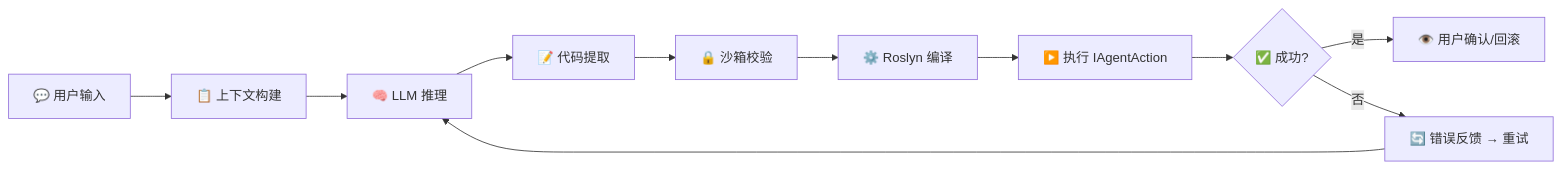
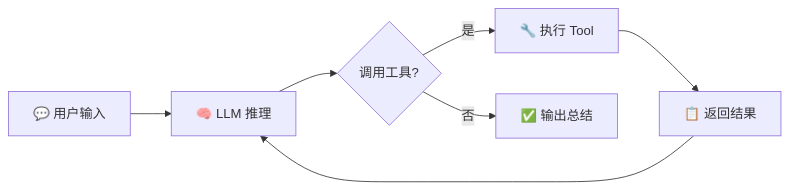
The diagram in README.md (Wonderland6627/UIPrefabBuilder), drawn with Mermaid before and after one commit. The commit also changed other lines of this file, not shown here.

````diff
--- a/README.md
+++ b/README.md
@@ -73,13 +81,9 @@
 ```mermaid
 flowchart LR
-    A[💬 用户输入] --> B[📋 上下文构建]
-    B --> C[🧠 LLM 推理]
-    C --> D[📝 代码提取]
-    D --> E[🔒 沙箱校验]
-    E --> F[⚙️ Roslyn 编译]
-    F --> G[▶️ 执行 IAgentAction]
-    G --> H{✅ 成功?}
-    H -->|是| I[👁️ 用户确认/回滚]
-    H -->|否| J[🔄 错误反馈 → 重试]
-    J --> C
+    A[💬 用户输入] --> B[🧠 LLM 推理]
+    B --> C{调用工具?}
+    C -->|是| D[🔧 执行 Tool]
+    D --> E[📋 返回结果]
+    E --> B
+    C -->|否| F[✅ 输出总结]
 ```
````
